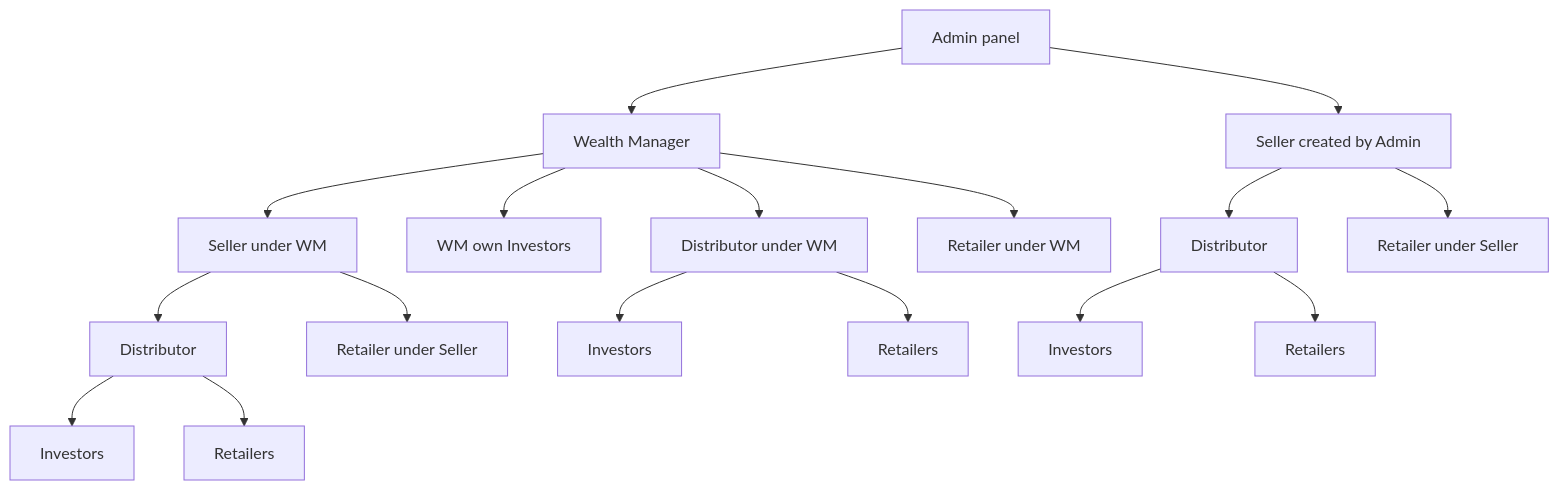
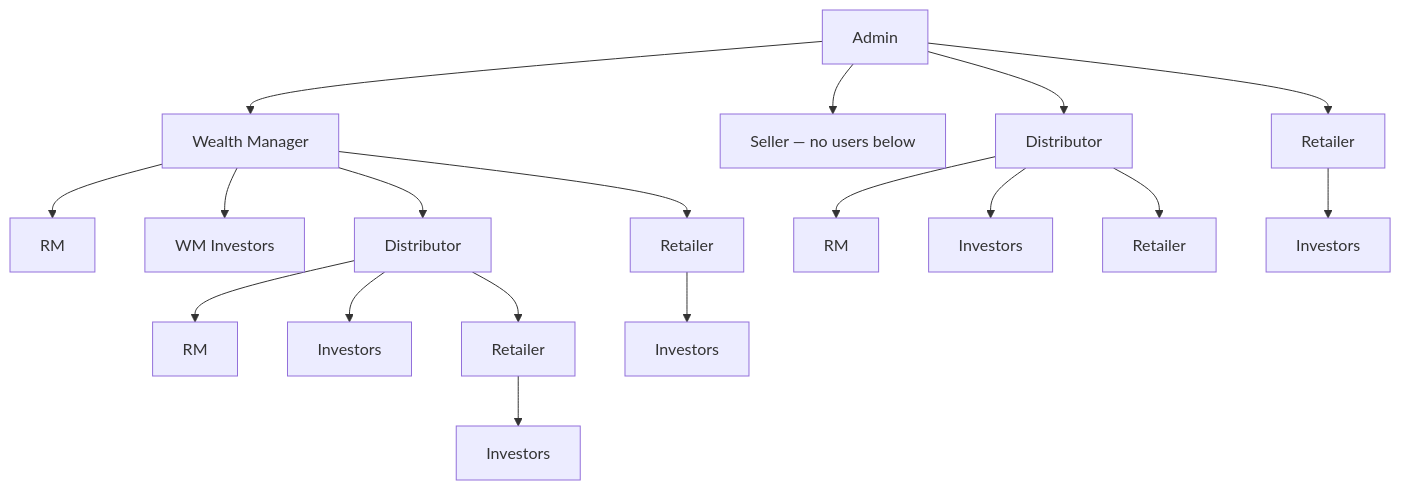
One commit to kavadevelopers/PrivateDealsBackend changed the diagram in docs/new-system/workflows/flows/wm-create-seller-distributor.md. Above: the diagram before and after it, drawn with Mermaid. The commit also changed other lines of this file and 9 other files, not shown here.

````diff
--- a/docs/new-system/workflows/flows/wm-create-seller-distributor.md
+++ b/docs/new-system/workflows/flows/wm-create-seller-distributor.md
@@ -34,19 +57,20 @@
 ```mermaid
 flowchart TB
-  Admin[Admin panel] --> WM[Wealth Manager]
-  Admin --> SellerAdmin[Seller created by Admin]
-  WM --> SellerWM[Seller under WM]
-  WM --> WMInv[WM own Investors]
-  WM --> DistWM[Distributor under WM]
-  WM --> RetWM[Retailer under WM]
-  SellerAdmin --> DistS1[Distributor]
-  SellerAdmin --> RetS1[Retailer under Seller]
-  SellerWM --> DistS2[Distributor]
-  SellerWM --> RetS2[Retailer under Seller]
-  DistWM --> DistInv1[Investors]
-  DistWM --> RetD1[Retailers]
-  DistS1 --> DistInv2[Investors]
-  DistS1 --> RetD2[Retailers]
-  DistS2 --> DistInv3[Investors]
-  DistS2 --> RetD3[Retailers]
+  Admin[Admin] --> WM[Wealth Manager]
+  Admin --> Seller[Seller — no users below]
+  Admin --> DistAdmin[Distributor]
+  Admin --> RetAdmin[Retailer]
+  WM --> RM_WM[RM]
+  WM --> WMInv[WM Investors]
+  WM --> DistWM[Distributor]
+  WM --> RetWM[Retailer]
+  DistWM --> RM_D[RM]
+  DistWM --> DistInv[Investors]
+  DistWM --> RetFromD[Retailer]
+  DistAdmin --> RM_D2[RM]
+  DistAdmin --> DistInv2[Investors]
+  DistAdmin --> RetFromD2[Retailer]
+  RetWM --> RetInv[Investors]
+  RetAdmin --> RetInv2[Investors]
+  RetFromD --> RetInv3[Investors]
 ```
````
